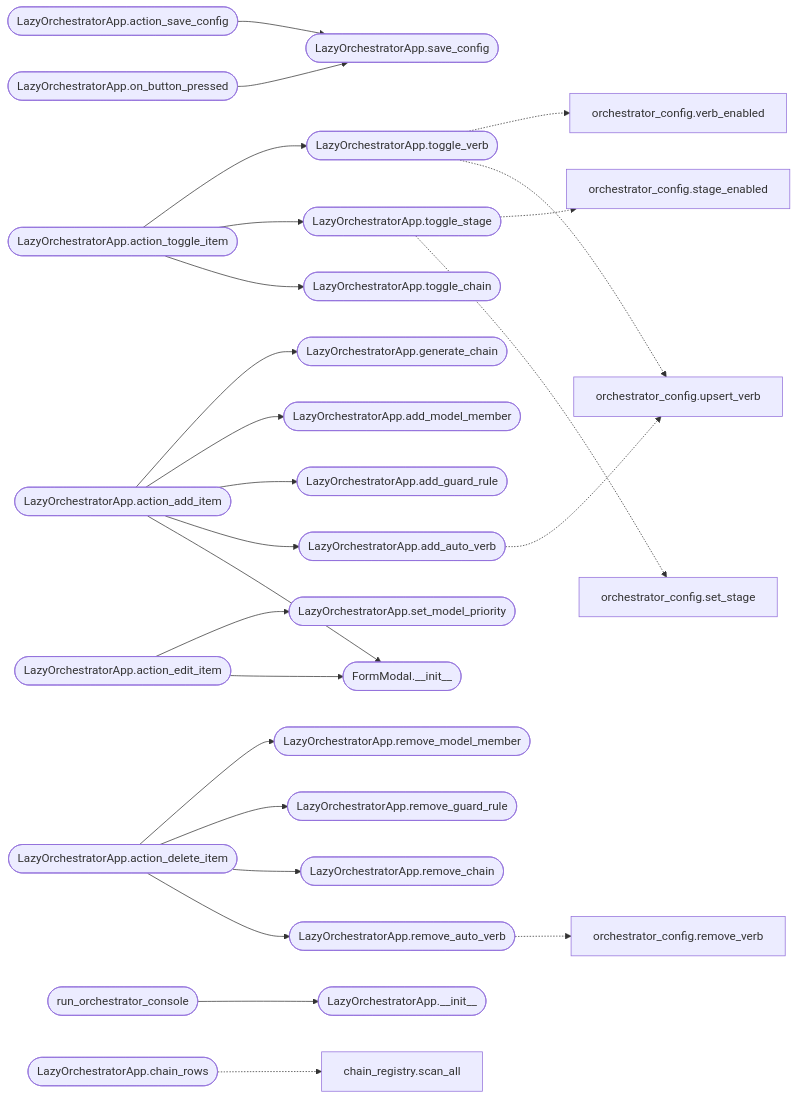
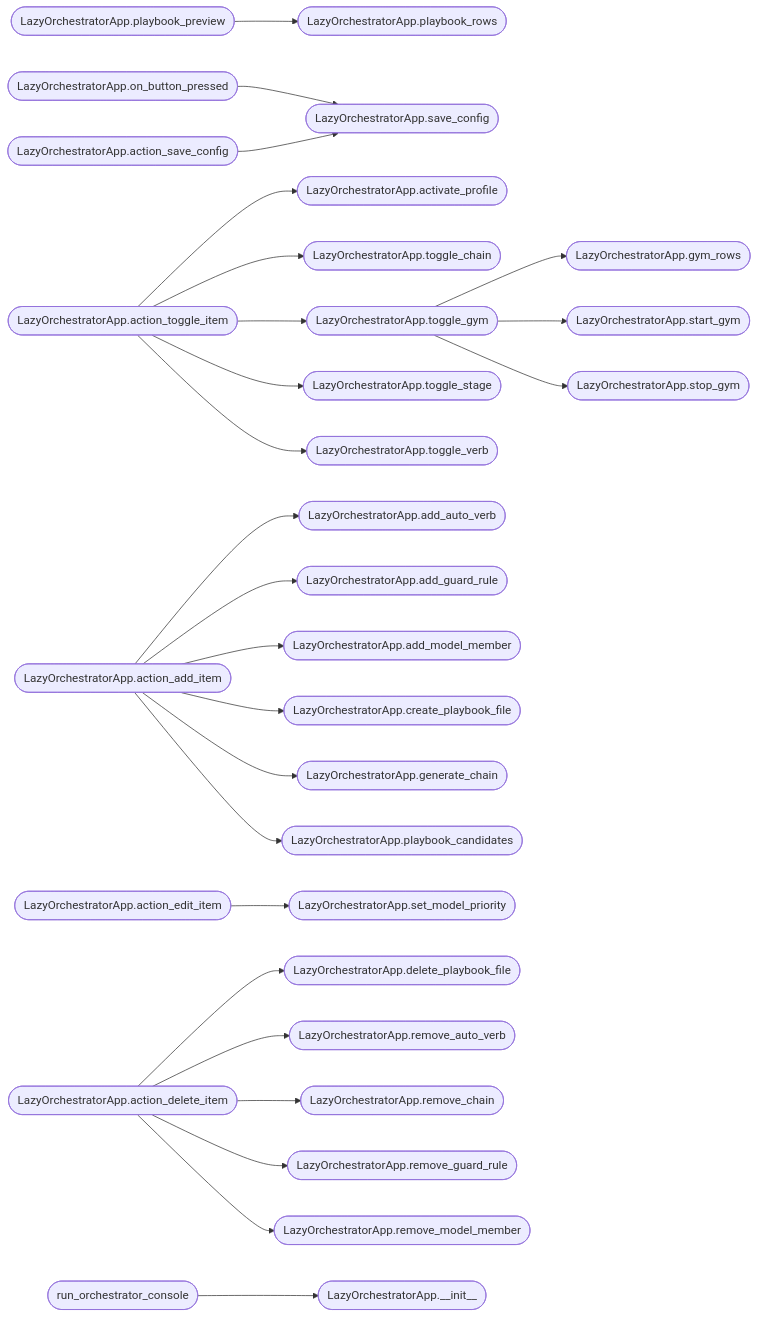
Before and after one commit to grisuno/LazyOwn: the second of 2 diagrams in readmenator-apidocs/modules/cli.lazy_orchestrator.py.md, drawn with Mermaid. The commit also changed other lines of this file and 764 other files, not shown here.

````diff
--- a/readmenator-apidocs/modules/cli.lazy_orchestrator.py.md
+++ b/readmenator-apidocs/modules/cli.lazy_orchestrator.py.md
@@ -68,56 +67,58 @@
 ```mermaid
 flowchart LR
+    n_cli_lazy_orchestrator_py__LazyOrchestratorApp_playbook_preview(["LazyOrchestratorApp.playbook_preview"])
+    n_cli_lazy_orchestrator_py__LazyOrchestratorApp_playbook_rows(["LazyOrchestratorApp.playbook_rows"])
+    n_cli_lazy_orchestrator_py__LazyOrchestratorApp_toggle_gym(["LazyOrchestratorApp.toggle_gym"])
+    n_cli_lazy_orchestrator_py__LazyOrchestratorApp_gym_rows(["LazyOrchestratorApp.gym_rows"])
+    n_cli_lazy_orchestrator_py__LazyOrchestratorApp_start_gym(["LazyOrchestratorApp.start_gym"])
+    n_cli_lazy_orchestrator_py__LazyOrchestratorApp_stop_gym(["LazyOrchestratorApp.stop_gym"])
     n_cli_lazy_orchestrator_py__LazyOrchestratorApp_on_button_pressed(["LazyOrchestratorApp.on_button_pressed"])
     n_cli_lazy_orchestrator_py__LazyOrchestratorApp_save_config(["LazyOrchestratorApp.save_config"])
     n_cli_lazy_orchestrator_py__LazyOrchestratorApp_action_toggle_item(["LazyOrchestratorApp.action_toggle_item"])
+    n_cli_lazy_orchestrator_py__LazyOrchestratorApp_activate_profile(["LazyOrchestratorApp.activate_profile"])
     n_cli_lazy_orchestrator_py__LazyOrchestratorApp_toggle_chain(["LazyOrchestratorApp.toggle_chain"])
     n_cli_lazy_orchestrator_py__LazyOrchestratorApp_toggle_stage(["LazyOrchestratorApp.toggle_stage"])
     n_cli_lazy_orchestrator_py__LazyOrchestratorApp_toggle_verb(["LazyOrchestratorApp.toggle_verb"])
     n_cli_lazy_orchestrator_py__LazyOrchestratorApp_action_save_config(["LazyOrchestratorApp.action_save_config"])
     n_cli_lazy_orchestrator_py__LazyOrchestratorApp_action_add_item(["LazyOrchestratorApp.action_add_item"])
-    n_cli_lazy_orchestrator_py__FormModal___init__(["FormModal.__init__"])
     n_cli_lazy_orchestrator_py__LazyOrchestratorApp_add_auto_verb(["LazyOrchestratorApp.add_auto_verb"])
     n_cli_lazy_orchestrator_py__LazyOrchestratorApp_add_guard_rule(["LazyOrchestratorApp.add_guard_rule"])
     n_cli_lazy_orchestrator_py__LazyOrchestratorApp_add_model_member(["LazyOrchestratorApp.add_model_member"])
+    n_cli_lazy_orchestrator_py__LazyOrchestratorApp_create_playbook_file(["LazyOrchestratorApp.create_playbook_file"])
     n_cli_lazy_orchestrator_py__LazyOrchestratorApp_generate_chain(["LazyOrchestratorApp.generate_chain"])
+    n_cli_lazy_orchestrator_py__LazyOrchestratorApp_playbook_candidates(["LazyOrchestratorApp.playbook_candidates"])
     n_cli_lazy_orchestrator_py__LazyOrchestratorApp_action_edit_item(["LazyOrchestratorApp.action_edit_item"])
     n_cli_lazy_orchestrator_py__LazyOrchestratorApp_set_model_priority(["LazyOrchestratorApp.set_model_priority"])
     n_cli_lazy_orchestrator_py__LazyOrchestratorApp_action_delete_item(["LazyOrchestratorApp.action_delete_item"])
+    n_cli_lazy_orchestrator_py__LazyOrchestratorApp_delete_playbook_file(["LazyOrchestratorApp.delete_playbook_file"])
     n_cli_lazy_orchestrator_py__LazyOrchestratorApp_remove_auto_verb(["LazyOrchestratorApp.remove_auto_verb"])
     n_cli_lazy_orchestrator_py__LazyOrchestratorApp_remove_chain(["LazyOrchestratorApp.remove_chain"])
     n_cli_lazy_orchestrator_py__LazyOrchestratorApp_remove_guard_rule(["LazyOrchestratorApp.remove_guard_rule"])
     n_cli_lazy_orchestrator_py__LazyOrchestratorApp_remove_model_member(["LazyOrchestratorApp.remove_model_member"])
     n_cli_lazy_orchestrator_py__run_orchestrator_console(["run_orchestrator_console"])
     n_cli_lazy_orchestrator_py__LazyOrchestratorApp___init__(["LazyOrchestratorApp.__init__"])
-    n_modules_orchestrator_config_py__set_stage["orchestrator_config.set_stage"]
-    n_modules_orchestrator_config_py__stage_enabled["orchestrator_config.stage_enabled"]
-    n_modules_orchestrator_config_py__upsert_verb["orchestrator_config.upsert_verb"]
-    n_modules_orchestrator_config_py__verb_enabled["orchestrator_config.verb_enabled"]
-    n_modules_orchestrator_config_py__remove_verb["orchestrator_config.remove_verb"]
-    n_cli_lazy_orchestrator_py__LazyOrchestratorApp_chain_rows(["LazyOrchestratorApp.chain_rows"])
-    n_modules_chain_registry_py__scan_all["chain_registry.scan_all"]
+    n_cli_lazy_orchestrator_py__LazyOrchestratorApp_playbook_preview --> n_cli_lazy_orchestrator_py__LazyOrchestratorApp_playbook_rows
+    n_cli_lazy_orchestrator_py__LazyOrchestratorApp_toggle_gym --> n_cli_lazy_orchestrator_py__LazyOrchestratorApp_gym_rows
+    n_cli_lazy_orchestrator_py__LazyOrchestratorApp_toggle_gym --> n_cli_lazy_orchestrator_py__LazyOrchestratorApp_start_gym
+    n_cli_lazy_orchestrator_py__LazyOrchestratorApp_toggle_gym --> n_cli_lazy_orchestrator_py__LazyOrchestratorApp_stop_gym
     n_cli_lazy_orchestrator_py__LazyOrchestratorApp_on_button_pressed --> n_cli_lazy_orchestrator_py__LazyOrchestratorApp_save_config
+    n_cli_lazy_orchestrator_py__LazyOrchestratorApp_action_toggle_item --> n_cli_lazy_orchestrator_py__LazyOrchestratorApp_activate_profile
     n_cli_lazy_orchestrator_py__LazyOrchestratorApp_action_toggle_item --> n_cli_lazy_orchestrator_py__LazyOrchestratorApp_toggle_chain
+    n_cli_lazy_orchestrator_py__LazyOrchestratorApp_action_toggle_item --> n_cli_lazy_orchestrator_py__LazyOrchestratorApp_toggle_gym
     n_cli_lazy_orchestrator_py__LazyOrchestratorApp_action_toggle_item --> n_cli_lazy_orchestrator_py__LazyOrchestratorApp_toggle_stage
     n_cli_lazy_orchestrator_py__LazyOrchestratorApp_action_toggle_item --> n_cli_lazy_orchestrator_py__LazyOrchestratorApp_toggle_verb
     n_cli_lazy_orchestrator_py__LazyOrchestratorApp_action_save_config --> n_cli_lazy_orchestrator_py__LazyOrchestratorApp_save_config
-    n_cli_lazy_orchestrator_py__LazyOrchestratorApp_action_add_item --> n_cli_lazy_orchestrator_py__FormModal___init__
     n_cli_lazy_orchestrator_py__LazyOrchestratorApp_action_add_item --> n_cli_lazy_orchestrator_py__LazyOrchestratorApp_add_auto_verb
     n_cli_lazy_orchestrator_py__LazyOrchestratorApp_action_add_item --> n_cli_lazy_orchestrator_py__LazyOrchestratorApp_add_guard_rule
     n_cli_lazy_orchestrator_py__LazyOrchestratorApp_action_add_item --> n_cli_lazy_orchestrator_py__LazyOrchestratorApp_add_model_member
+    n_cli_lazy_orchestrator_py__LazyOrchestratorApp_action_add_item --> n_cli_lazy_orchestrator_py__LazyOrchestratorApp_create_playbook_file
     n_cli_lazy_orchestrator_py__LazyOrchestratorApp_action_add_item --> n_cli_lazy_orchestrator_py__LazyOrchestratorApp_generate_chain
-    n_cli_lazy_orchestrator_py__LazyOrchestratorApp_action_edit_item --> n_cli_lazy_orchestrator_py__FormModal___init__
+    n_cli_lazy_orchestrator_py__LazyOrchestratorApp_action_add_item --> n_cli_lazy_orchestrator_py__LazyOrchestratorApp_playbook_candidates
     n_cli_lazy_orchestrator_py__LazyOrchestratorApp_action_edit_item --> n_cli_lazy_orchestrator_py__LazyOrchestratorApp_set_model_priority
+    n_cli_lazy_orchestrator_py__LazyOrchestratorApp_action_delete_item --> n_cli_lazy_orchestrator_py__LazyOrchestratorApp_delete_playbook_file
     n_cli_lazy_orchestrator_py__LazyOrchestratorApp_action_delete_item --> n_cli_lazy_orchestrator_py__LazyOrchestratorApp_remove_auto_verb
     n_cli_lazy_orchestrator_py__LazyOrchestratorApp_action_delete_item --> n_cli_lazy_orchestrator_py__LazyOrchestratorApp_remove_chain
     n_cli_lazy_orchestrator_py__LazyOrchestratorApp_action_delete_item --> n_cli_lazy_orchestrator_py__LazyOrchestratorApp_remove_guard_rule
     n_cli_lazy_orchestrator_py__LazyOrchestratorApp_action_delete_item --> n_cli_lazy_orchestrator_py__LazyOrchestratorApp_remove_model_member
     n_cli_lazy_orchestrator_py__run_orchestrator_console --> n_cli_lazy_orchestrator_py__LazyOrchestratorApp___init__
-    n_cli_lazy_orchestrator_py__LazyOrchestratorApp_toggle_stage -.-> n_modules_orchestrator_config_py__set_stage
-    n_cli_lazy_orchestrator_py__LazyOrchestratorApp_toggle_stage -.-> n_modules_orchestrator_config_py__stage_enabled
-    n_cli_lazy_orchestrator_py__LazyOrchestratorApp_toggle_verb -.-> n_modules_orchestrator_config_py__upsert_verb
-    n_cli_lazy_orchestrator_py__LazyOrchestratorApp_toggle_verb -.-> n_modules_orchestrator_config_py__verb_enabled
-    n_cli_lazy_orchestrator_py__LazyOrchestratorApp_add_auto_verb -.-> n_modules_orchestrator_config_py__upsert_verb
-    n_cli_lazy_orchestrator_py__LazyOrchestratorApp_remove_auto_verb -.-> n_modules_orchestrator_config_py__remove_verb
-    n_cli_lazy_orchestrator_py__LazyOrchestratorApp_chain_rows -.-> n_modules_chain_registry_py__scan_all
 ```
````
